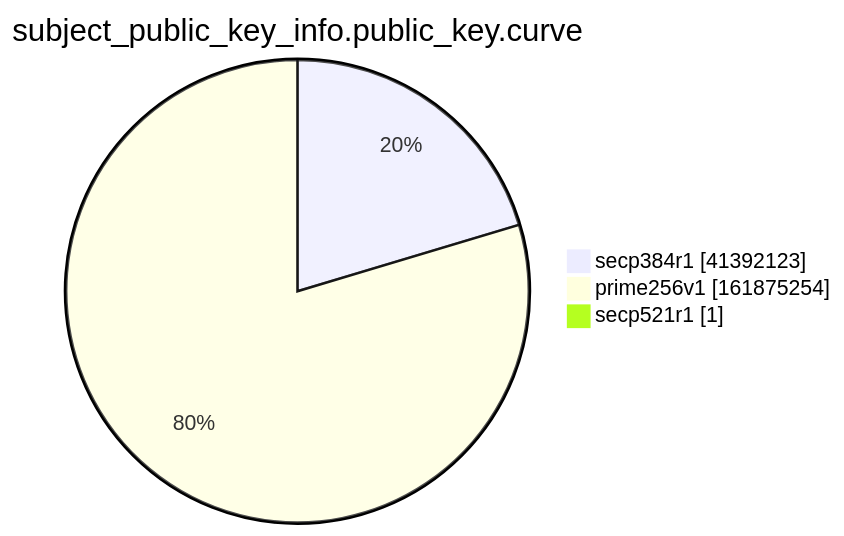
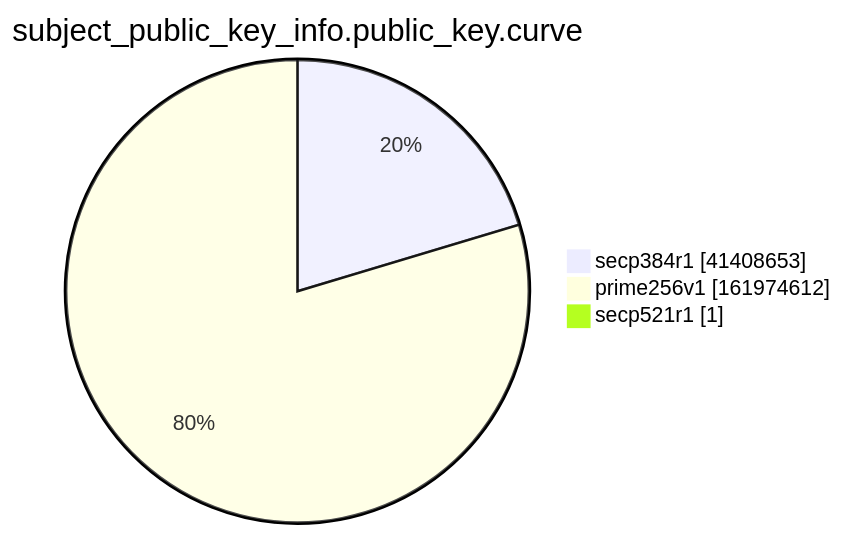
Before and after one commit to christiankrug/ctmonitor_visualization: the ninth of 15 diagrams in xenon2022/README.md, drawn with Mermaid. The commit also changed other lines of this file, not shown here.

````diff
--- a/xenon2022/README.md
+++ b/xenon2022/README.md
@@ -2868,7 +2868,7 @@
 ```mermaid
 pie showData
 title subject_public_key_info.public_key.curve
-"secp384r1" :41392123
-"prime256v1" :161875254
+"secp384r1" :41408653
+"prime256v1" :161974612
 "secp521r1" :1
 ```
````
